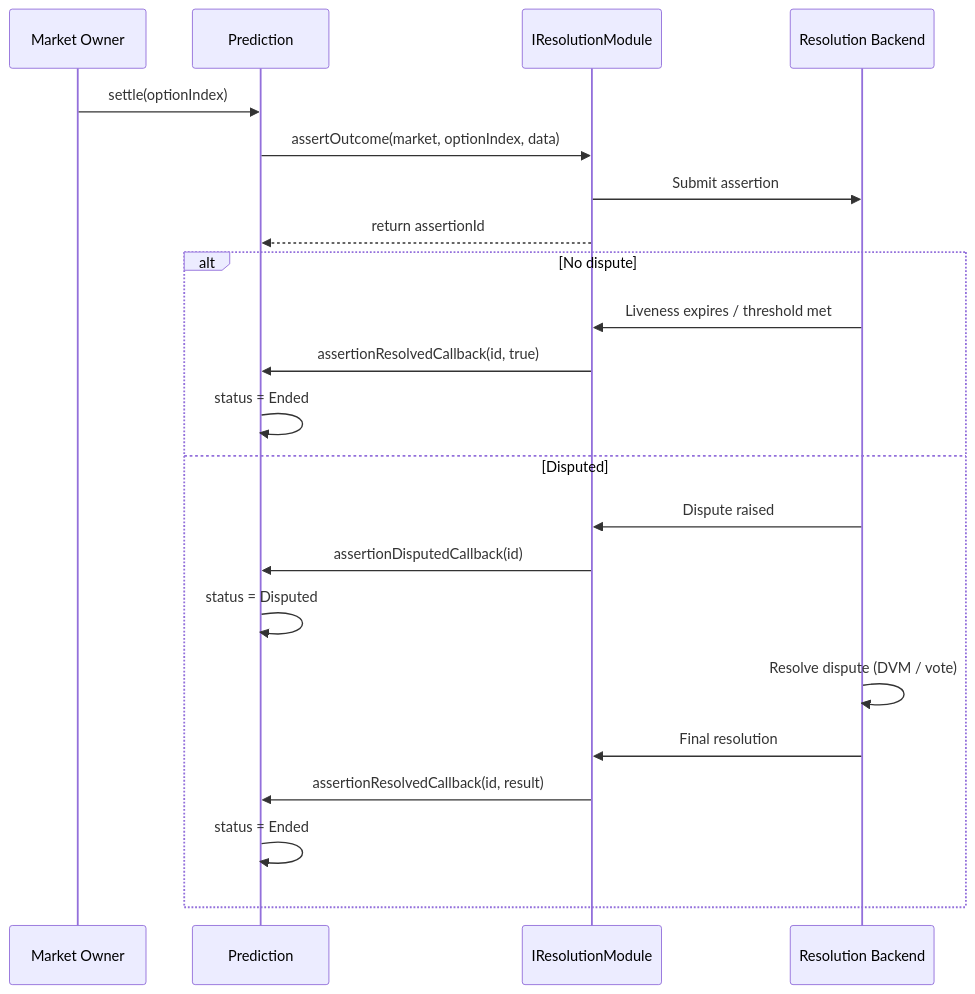
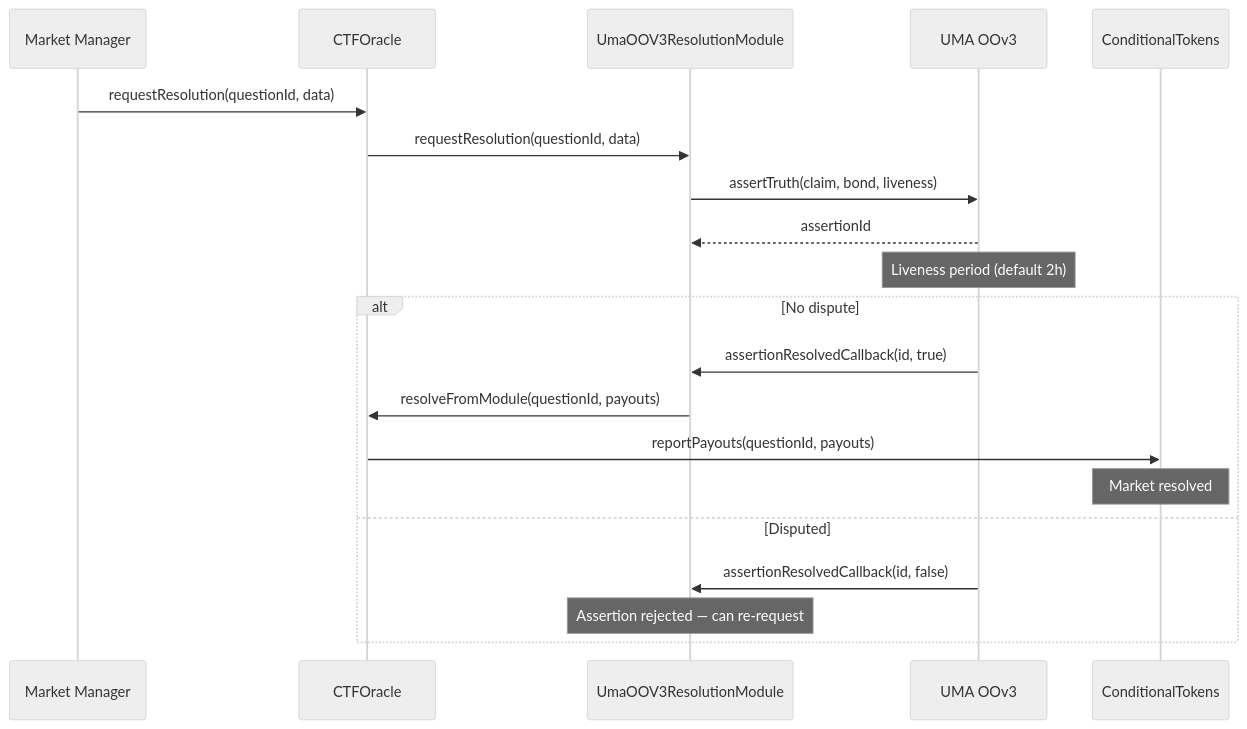
Before and after one commit to promethex2026/app-docs: the diagram in contracts/resolution/overview.mdx, drawn with Mermaid. The commit also changed other lines of this file and 14 other files, not shown here.

First line of the commit message:
docs: migrate Smart Contracts tab to V2 CTF architecture

````diff
--- a/contracts/resolution/overview.mdx
+++ b/contracts/resolution/overview.mdx
@@ -89,26 +139,30 @@
 ```mermaid
+---
+config:
+  look: handDrawn
+  theme: neutral
+---
 sequenceDiagram
-    participant Owner as Market Owner
-    participant Market as Prediction
-    participant Module as IResolutionModule
-    participant Backend as Resolution Backend
+    participant MM as Market Manager
+    participant Oracle as CTFOracle
+    participant Module as UmaOOV3ResolutionModule
+    participant UMA as UMA OOv3
+    participant CTF as ConditionalTokens
 
-    Owner->>Market: settle(optionIndex)
-    Market->>Module: assertOutcome(market, optionIndex, data)
-    Module->>Backend: Submit assertion
-    Module-->>Market: return assertionId
+    MM->>Oracle: requestResolution(questionId, data)
+    Oracle->>Module: requestResolution(questionId, data)
+    Module->>UMA: assertTruth(claim, bond, liveness)
+    UMA-->>Module: assertionId
+
+    Note over UMA: Liveness period (default 2h)
 
     alt No dispute
-        Backend->>Module: Liveness expires / threshold met
-        Module->>Market: assertionResolvedCallback(id, true)
-        Market->>Market: status = Ended
+        UMA->>Module: assertionResolvedCallback(id, true)
+        Module->>Oracle: resolveFromModule(questionId, payouts)
+        Oracle->>CTF: reportPayouts(questionId, payouts)
+        Note over CTF: Market resolved
     else Disputed
-        Backend->>Module: Dispute raised
-        Module->>Market: assertionDisputedCallback(id)
-        Market->>Market: status = Disputed
-        Backend->>Backend: Resolve dispute (DVM / vote)
-        Backend->>Module: Final resolution
-        Module->>Market: assertionResolvedCallback(id, result)
-        Market->>Market: status = Ended
+        UMA->>Module: assertionResolvedCallback(id, false)
+        Note over Module: Assertion rejected — can re-request
     end
 ```
````
